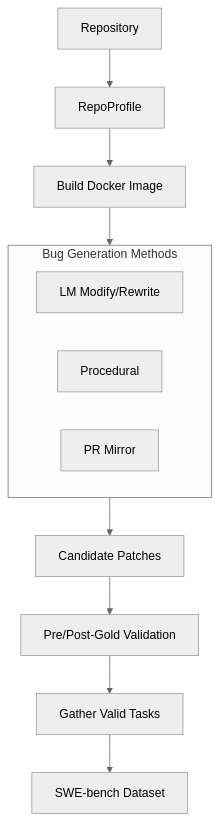
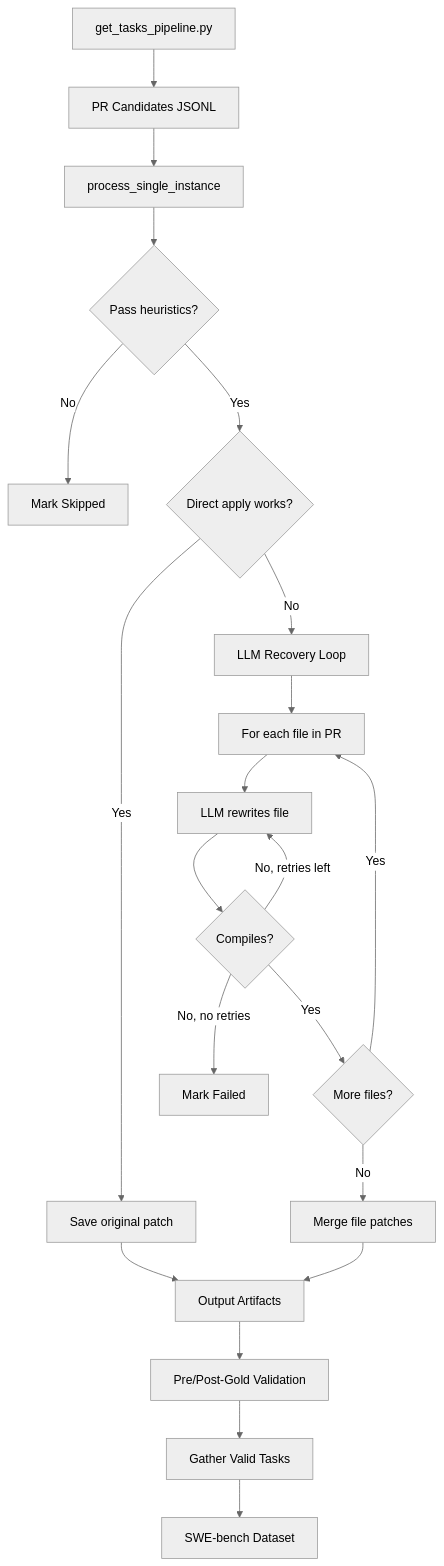
The eighth of 8 diagrams in docs/swe_smith_comparison.md (danielzayas/taskgen), drawn with Mermaid (neutral theme) before and after one commit. The commit also changed other lines of this file, not shown here.

````diff
--- a/docs/swe_smith_comparison.md
+++ b/docs/swe_smith_comparison.md
@@ -332,17 +497,28 @@
 ```mermaid
 flowchart TB
-    Repo[Repository] --> Profile[RepoProfile]
-    Profile --> Image[Build Docker Image]
-    Image --> BugGen[Bug Generation]
+    Collect[get_tasks_pipeline.py] --> Candidates[PR Candidates JSONL]
+    Candidates --> Process[process_single_instance]
     
-    subgraph BugGen [Bug Generation Methods]
-        LM[LM Modify/Rewrite]
-        Proc[Procedural]
-        Mirror[PR Mirror]
-    end
+    Process --> Heuristics{Pass heuristics?}
+    Heuristics -->|No| Skipped[Mark Skipped]
+    Heuristics -->|Yes| Direct{Direct apply works?}
     
-    BugGen --> Candidates[Candidate Patches]
-    Candidates --> Validate[Pre/Post-Gold Validation]
-    Validate --> Gather[Gather Valid Tasks]
+    Direct -->|Yes| DirectSuccess[Save original patch]
+    Direct -->|No| Recovery[LLM Recovery Loop]
+    
+    Recovery --> FileLoop[For each file in PR]
+    FileLoop --> LLMRewrite[LLM rewrites file]
+    LLMRewrite --> CompileCheck{Compiles?}
+    CompileCheck -->|No, retries left| LLMRewrite
+    CompileCheck -->|No, no retries| RecoveryFail[Mark Failed]
+    CompileCheck -->|Yes| NextFile{More files?}
+    NextFile -->|Yes| FileLoop
+    NextFile -->|No| MergePatches[Merge file patches]
+    
+    DirectSuccess --> Artifacts
+    MergePatches --> Artifacts[Output Artifacts]
+    
+    Artifacts --> Valid[Pre/Post-Gold Validation]
+    Valid --> Gather[Gather Valid Tasks]
     Gather --> Dataset[SWE-bench Dataset]
 ```
````
